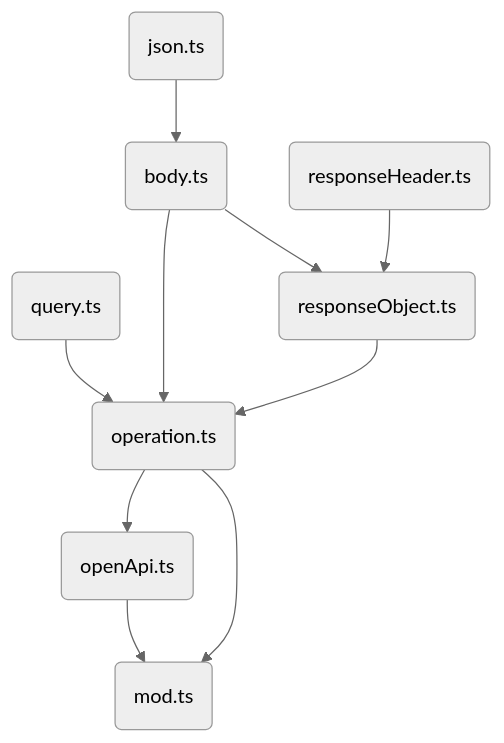
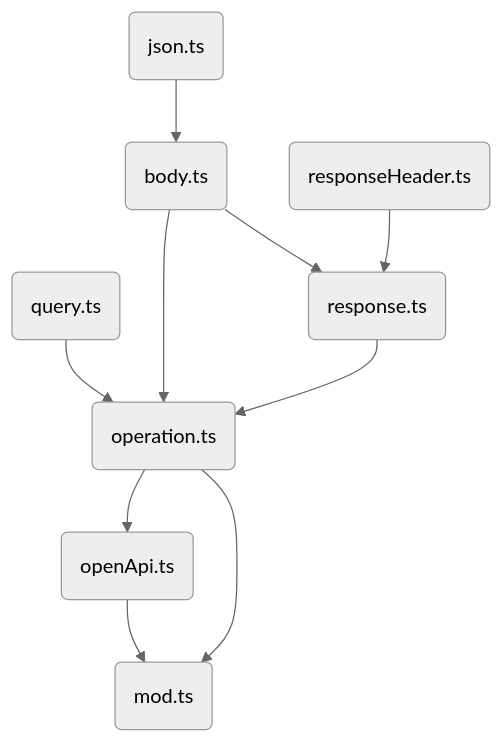
Before and after one commit to narumincho/http-server: the diagram in README.md, drawn with Mermaid (neutral theme). The commit also changed 4 other files, not shown here.

Commit message:
rename responseObject → response

````diff
--- a/README.md
+++ b/README.md
@@ -3,22 +3,22 @@
 ```mermaid
 graph TD;
 
 mod(mod.ts)
 json(json.ts)
 openApi(openApi.ts)
 query(query.ts)
 body(body.ts)
-responseObject(responseObject.ts)
+response(response.ts)
 responseHeader(responseHeader.ts)
 operation(operation.ts)
 
 json --> body
 query --> operation
 body --> operation
-responseHeader --> responseObject 
-body --> responseObject
-responseObject --> operation
+responseHeader --> response 
+body --> response
+response --> operation
 operation --> openApi
 operation --> mod
 openApi --> mod
 ```
````
